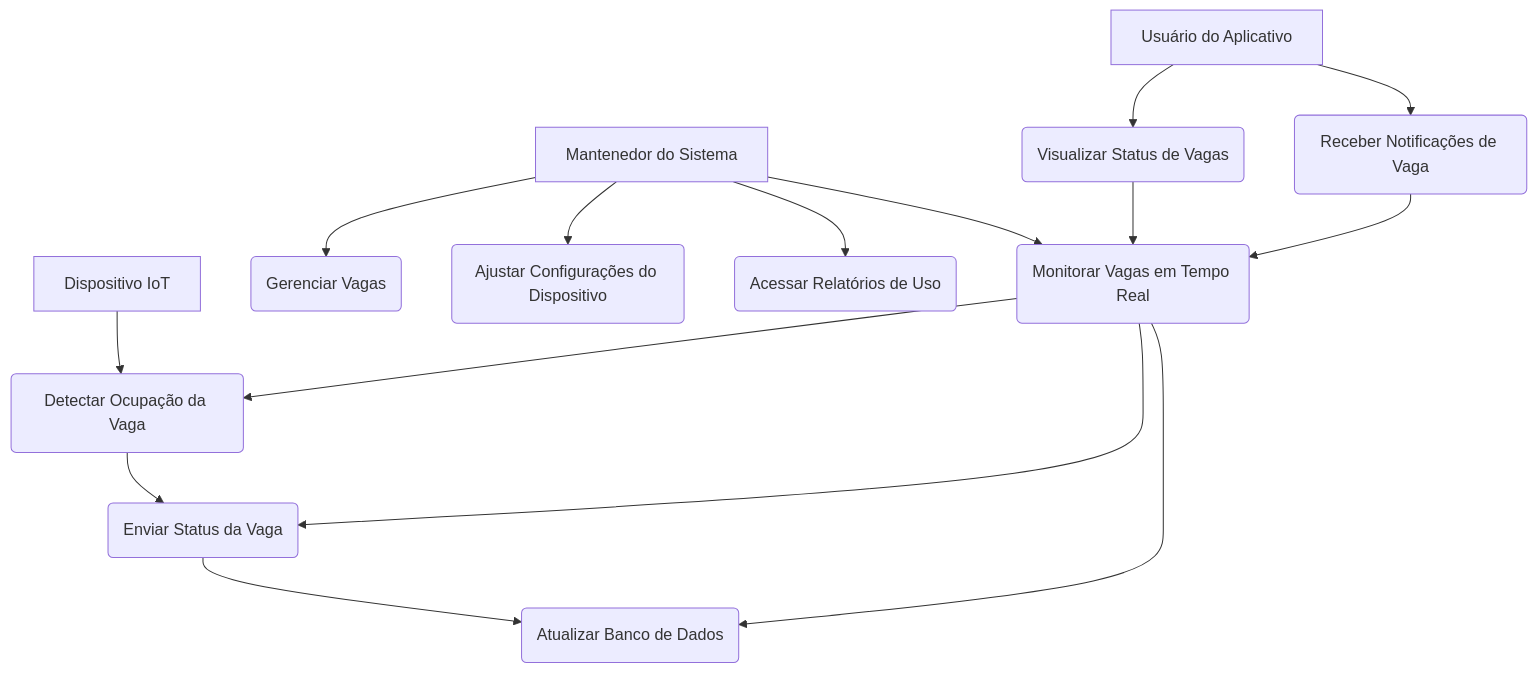
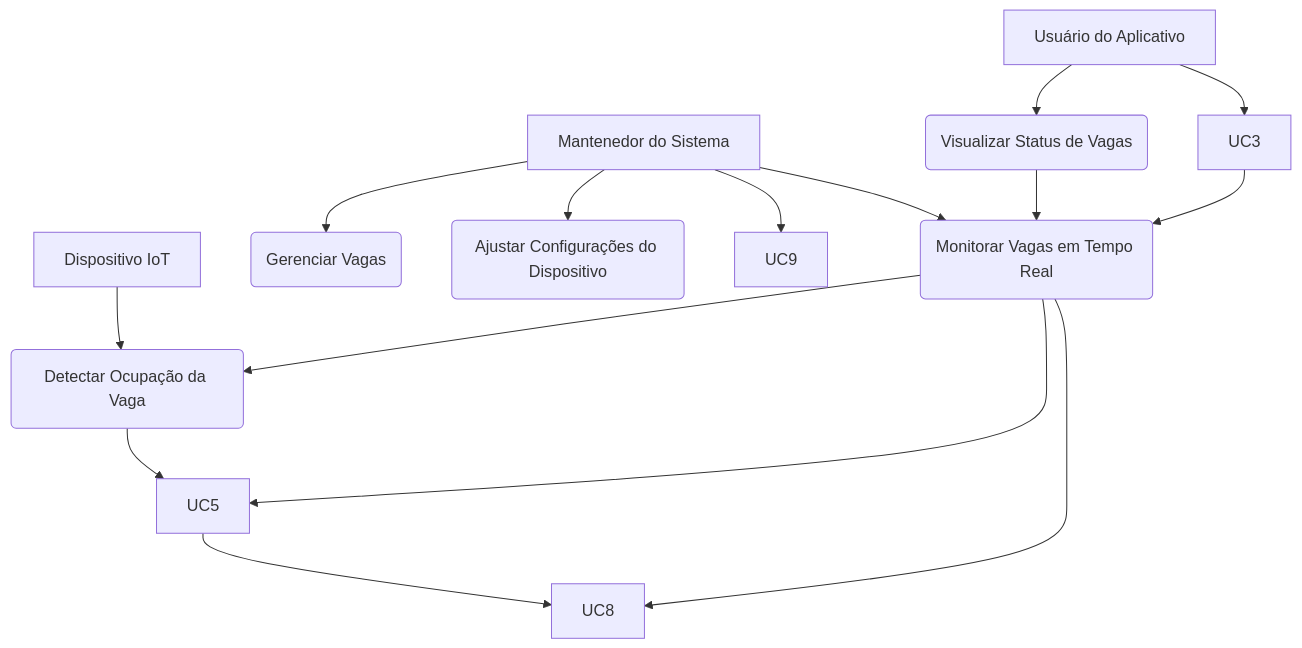
Before and after one commit to yca-git/Smart-Space-Parking: the diagram in README.md, drawn with Mermaid. The commit also changed other lines of this file, not shown here.

First line of the commit message:
Update README by removing use cases and ER diagram

````diff
--- a/README.md
+++ b/README.md
@@ -61,39 +61,35 @@
 ```mermaid
 graph TD
 
     %% Definindo Atores como nós simples
     User[Usuário do Aplicativo]
     Admin[Mantenedor do Sistema]
     IoTDevice[Dispositivo IoT]
 
     %% Definindo os Casos de Uso
     UC1(Monitorar Vagas em Tempo Real)
     UC2(Visualizar Status de Vagas)
-    UC3(Receber Notificações de Vaga)
     UC4(Detectar Ocupação da Vaga)
-    UC5(Enviar Status da Vaga)
     UC6(Gerenciar Vagas)
     UC7(Ajustar Configurações do Dispositivo)
-    UC8(Atualizar Banco de Dados)
-    UC9(Acessar Relatórios de Uso)
 
     %% Relacionamentos
     User --> UC2
     User --> UC3
 
     IoTDevice --> UC4
     UC4 --> UC5
     UC5 --> UC8
 
     Admin --> UC6
     Admin --> UC7
     Admin --> UC9
     Admin --> UC1
 
     %% Inclusões (usando setas normais para maior compatibilidade)
     UC1 --> UC4
     UC1 --> UC5
     UC1 --> UC8
     UC2 --> UC1
     UC3 --> UC1
 ```
````
